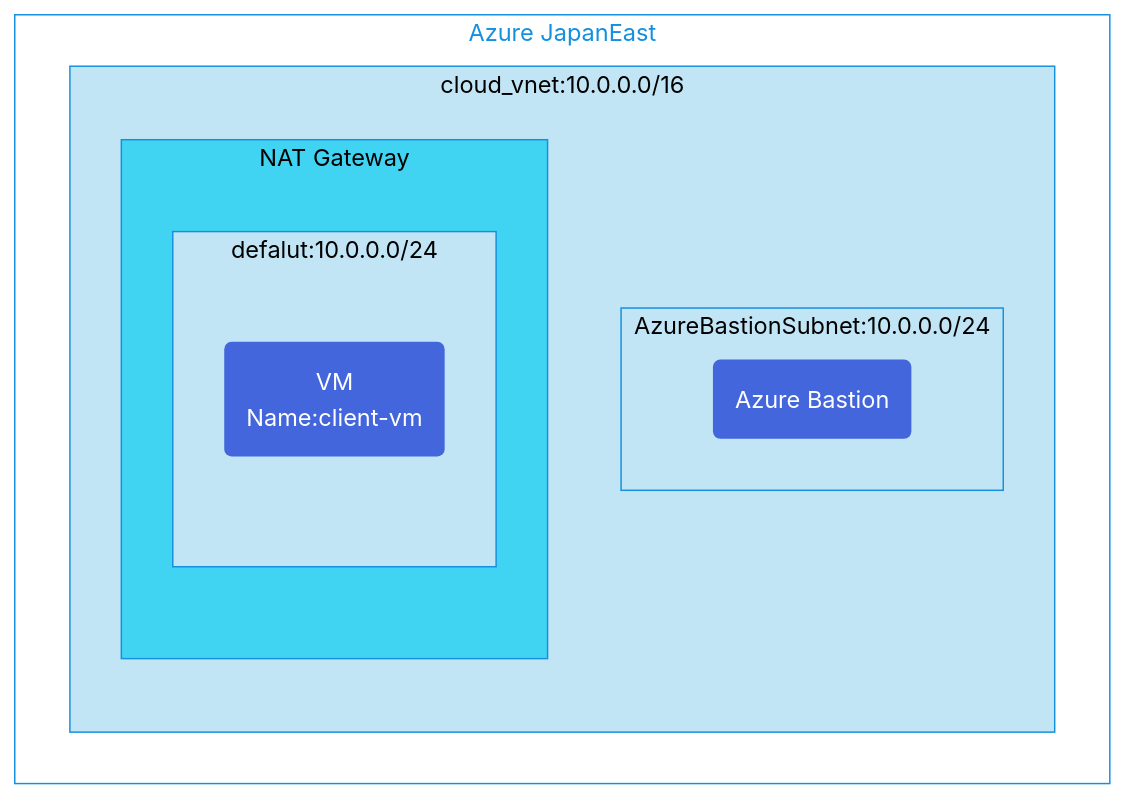
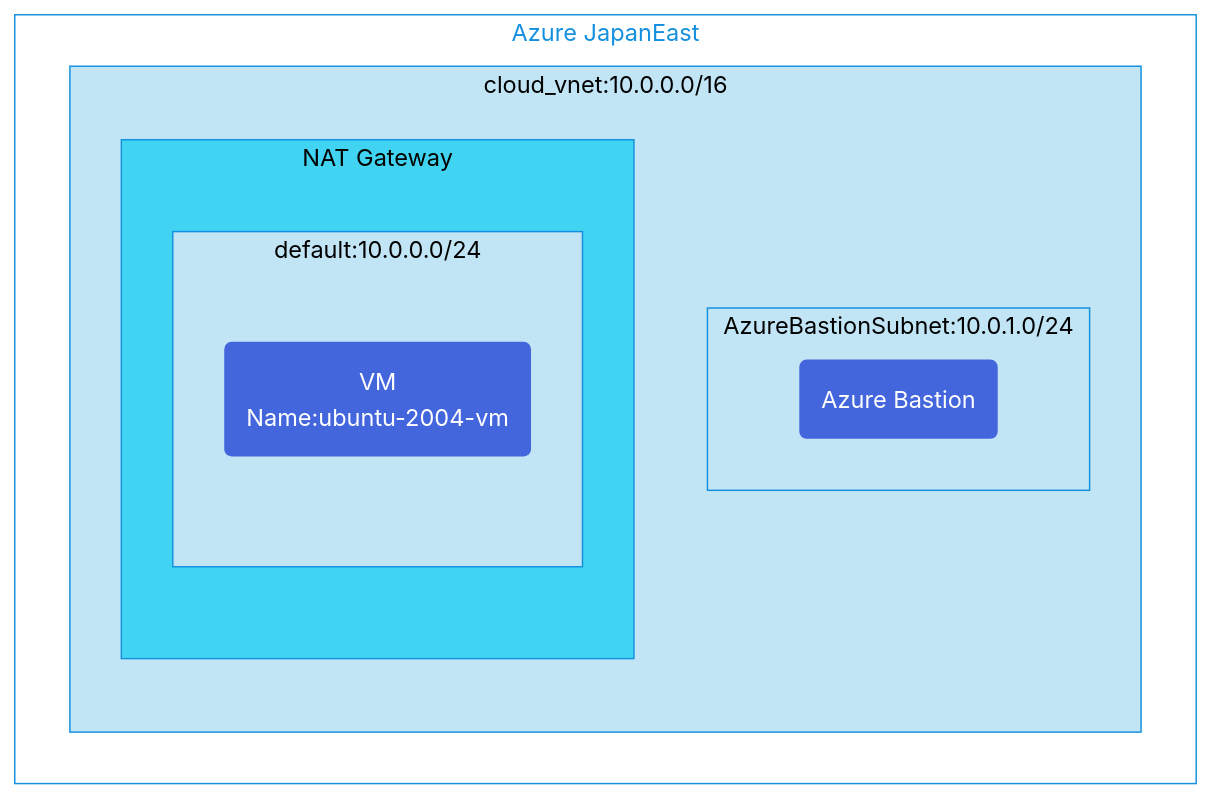
Before and after one commit to toizumi03/bicep-templates: the diagram in vm-nat-gateway/README.md, drawn with Mermaid. The commit also changed other lines of this file, not shown here.

````diff
--- a/vm-nat-gateway/README.md
+++ b/vm-nat-gateway/README.md
@@ -3,36 +4,35 @@
 ```mermaid
 graph TB;
 %% Groups and Services
 subgraph GR1[Azure JapanEast]
   subgraph GV1[cloud_vnet:10.0.0.0/16]
-      subgraph GVS2[AzureBastionSubnet:10.0.0.0/24]
+      subgraph GVS2[AzureBastionSubnet:10.0.1.0/24]
         CP3("Azure Bastion")
       end
       subgraph NAT[NAT Gateway]
-        subgraph GVS1[defalut:10.0.0.0/24]
-          CP1("VM<br/>Name:client-vm")
+        subgraph GVS1[default:10.0.0.0/24]
+          CP1("VM<br/>Name:ubuntu-2004-vm")
         end
       end
   end
 end
 
 %% Relation for resources
 
 %% Groups style
 classDef GSR fill:#fff,color:#1490df,stroke:#1490df
 class GR1,GR2 GSR
 
 classDef SGV1 fill:#c1e5f5,color:#000,stroke:#1490df
 class GV1,GVS1,GVS2,GVS3,GVS4 SGV1
 
 classDef SGNAT fill:#40d4f2,color:#000,stroke:#1490df
 class NAT SGNAT
 
 classDef SGV2 fill:#c1e5f5,color:#000,stroke:#1490df
 class GV2 SGV2
  
 %% Service Style
 classDef SCP fill:#4466dd,color:#fff,stroke:none
 class CP1,CP2,CP3 SCP
-
 ```
````
